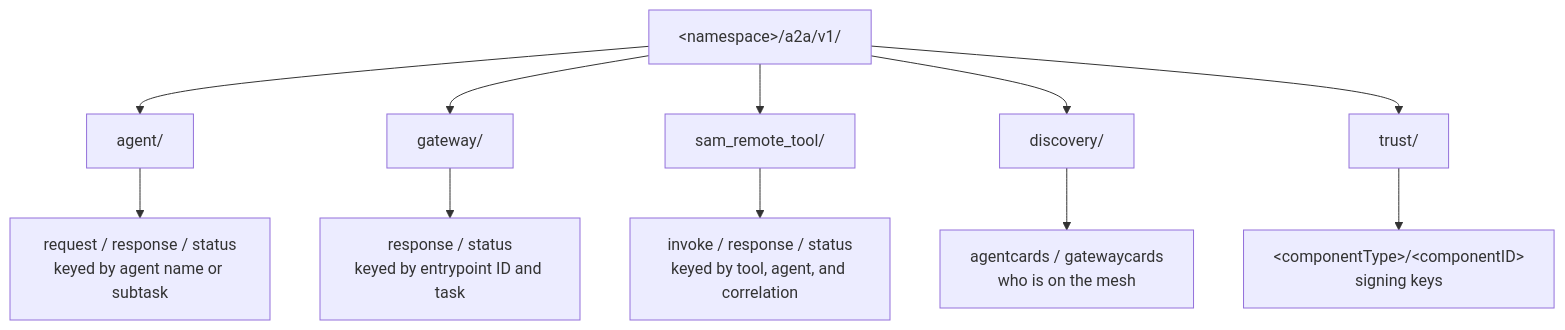
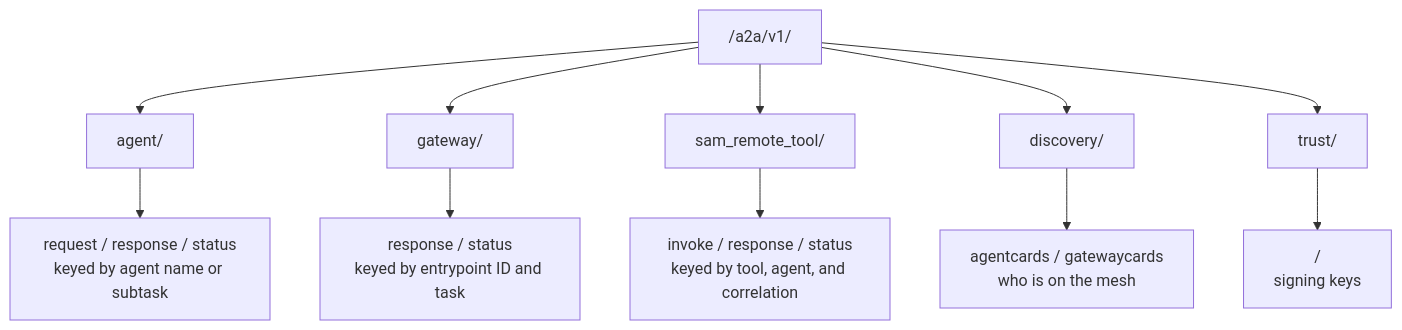
One commit to SolaceDev/solace-developer-workshops changed the diagram in .claude/skills/sam-docs/references/documentation/concepts/event-driven-mesh.md. Above: the diagram before and after it, drawn with Mermaid. The commit also changed other lines of this file and 225 other files, not shown here.

````diff
--- a/.claude/skills/sam-docs/references/documentation/concepts/event-driven-mesh.md
+++ b/.claude/skills/sam-docs/references/documentation/concepts/event-driven-mesh.md
@@ -40,21 +41,21 @@
 ```mermaid
 flowchart TB
-  ns["&lt;namespace&gt;/a2a/v1/"]
+  ns["<namespace>/a2a/v1/"]
   agent["agent/"]
   gateway["gateway/"]
   tool["sam_remote_tool/"]
   discovery["discovery/"]
   trust["trust/"]
 
   ns --> agent
   ns --> gateway
   ns --> tool
   ns --> discovery
   ns --> trust
 
   agent --> a_leaf["request / response / status<br/>keyed by agent name or subtask"]
   gateway --> g_leaf["response / status<br/>keyed by entrypoint ID and task"]
   tool --> t_leaf["invoke / response / status<br/>keyed by tool, agent, and correlation"]
   discovery --> d_leaf["agentcards / gatewaycards<br/>who is on the mesh"]
-  trust --> tr_leaf["&lt;componentType&gt;/&lt;componentID&gt;<br/>signing keys"]
+  trust --> tr_leaf["<componentType>/<componentID><br/>signing keys"]
 ```
````
